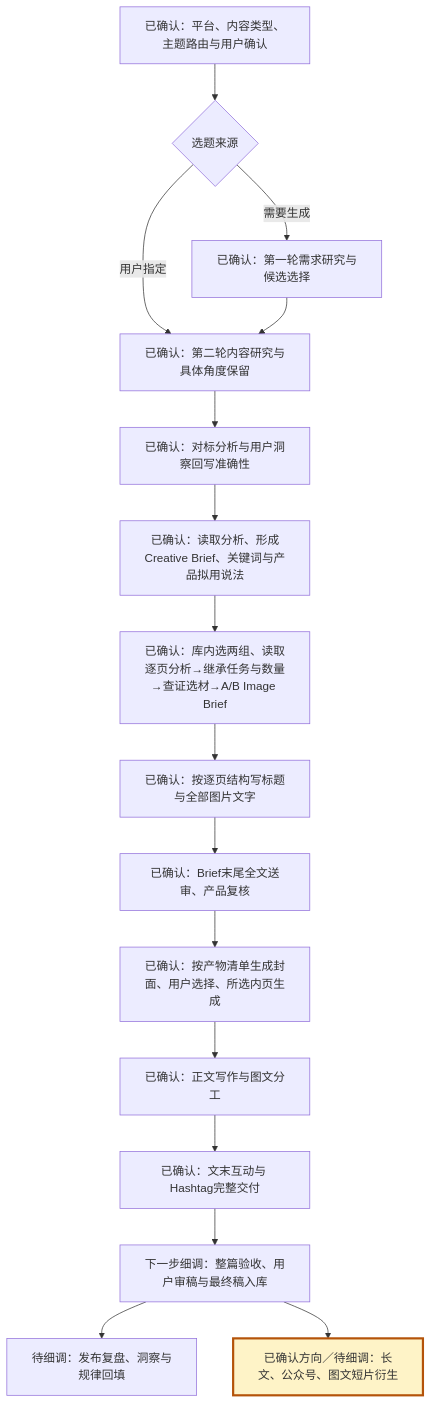
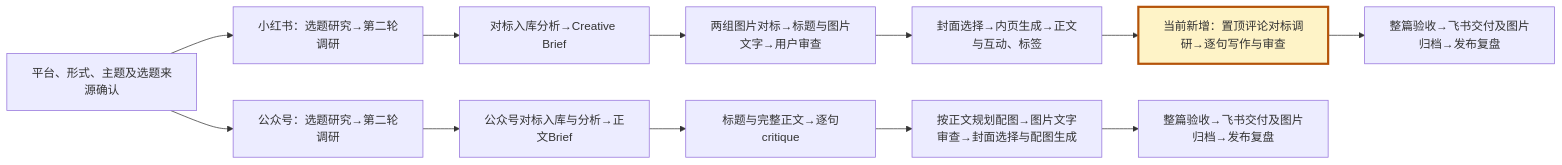
The diagram in skills/content-writer/references/writing-workflow.md (EloiseCai/second-brain), drawn with Mermaid before and after one commit. The commit also changed other lines of this file and 132 other files, not shown here.

````diff
--- a/skills/content-writer/references/writing-workflow.md
+++ b/skills/content-writer/references/writing-workflow.md
@@ -5,19 +5,15 @@
 ```mermaid
-flowchart TD
- A[已确认：平台、内容类型、主题路由与用户确认] --> B{选题来源}
- B -->|用户指定| D[已确认：第二轮内容研究与具体角度保留]
- B -->|需要生成| C[已确认：第一轮需求研究与候选选择]
- C --> D
- D --> E[已确认：对标分析与用户洞察回写准确性]
- E --> F[已确认：读取分析、形成Creative Brief、关键词与产品拟用说法]
- F --> G[已确认：库内选两组、读取逐页分析→继承任务与数量→查证选材→A/B Image Brief]
- G --> H[已确认：按逐页结构写标题与全部图片文字]
- H --> I[已确认：Brief末尾全文送审、产品复核]
- I --> J[已确认：按产物清单生成封面、用户选择、所选内页生成]
- J --> K[已确认：正文写作与图文分工]
- K --> L[已确认：文末互动与 Hashtag完整交付]
- L --> M[下一步细调：整篇验收、用户审稿与最终稿入库]
- M --> N[待细调：发布复盘、洞察与规律回填]
- M --> O[已确认方向／待细调：长文、公众号、图文短片衍生]
- style O fill:#fef3c7,stroke:#b45309,stroke-width:3px
+flowchart LR
+ A[平台、形式、主题及选题来源确认] --> X1[小红书：选题研究→第二轮调研]
+ A --> W1[公众号：选题研究→第二轮调研]
+ X1 --> X2[对标入库分析→Creative Brief]
+ X2 --> X3[两组图片对标→标题与图片文字→用户审查]
+ X3 --> X4[封面选择→内页生成→正文与互动、标签]
+ X4 --> X6[当前新增：置顶评论对标调研→逐句写作与审查]
+ X6 --> X5[整篇验收→飞书交付及图片归档→发布复盘]
+ W1 --> W2[公众号对标入库与分析→正文Brief]
+ W2 --> W3[标题与完整正文→逐句critique]
+ W3 --> W4[按正文规划配图→图片文字审查→封面选择与配图生成]
+ W4 --> W5[整篇验收→飞书交付及图片归档→发布复盘]
+ style X6 fill:#fef3c7,stroke:#b45309,stroke-width:3px
 ```
````
